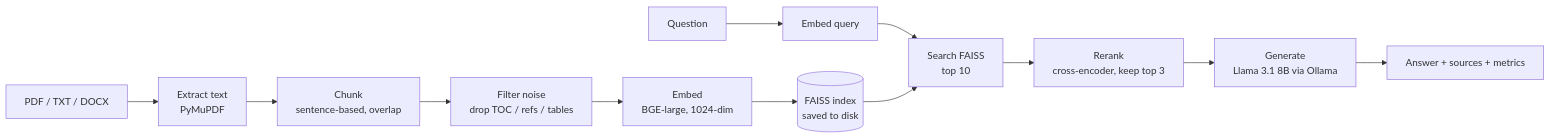
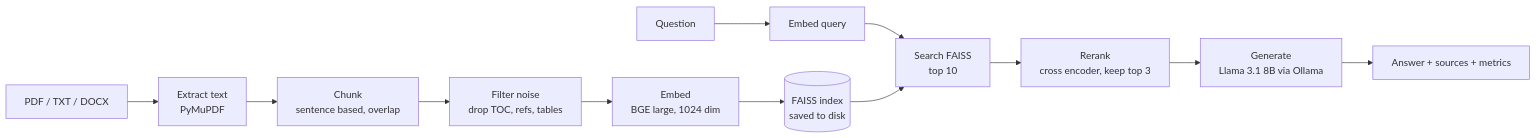
The diagram in README.md (pandeyAnush/ember), drawn with Mermaid before and after one commit. The commit also changed other lines of this file, not shown here.

Commit message:
Convert README tables to prose and remove dash-style punctuation

````diff
--- a/README.md
+++ b/README.md
@@ -65,15 +65,15 @@
 ```mermaid
 flowchart LR
     A[PDF / TXT / DOCX] --> B[Extract text<br/>PyMuPDF]
-    B --> C[Chunk<br/>sentence-based, overlap]
-    C --> D[Filter noise<br/>drop TOC / refs / tables]
-    D --> E[Embed<br/>BGE-large, 1024-dim]
+    B --> C[Chunk<br/>sentence based, overlap]
+    C --> D[Filter noise<br/>drop TOC, refs, tables]
+    D --> E[Embed<br/>BGE large, 1024 dim]
     E --> F[(FAISS index<br/>saved to disk)]
 
     Q[Question] --> G[Embed query]
     G --> H[Search FAISS<br/>top 10]
     F --> H
-    H --> I[Rerank<br/>cross-encoder, keep top 3]
+    H --> I[Rerank<br/>cross encoder, keep top 3]
     I --> J[Generate<br/>Llama 3.1 8B via Ollama]
     J --> K[Answer + sources + metrics]
 ```
````
